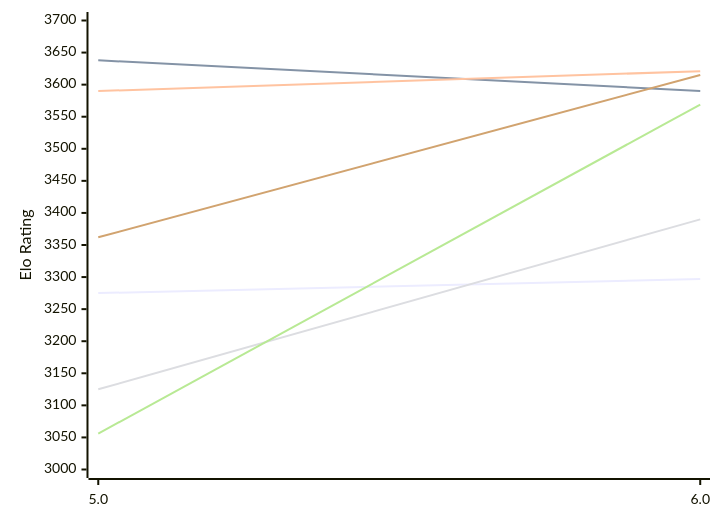
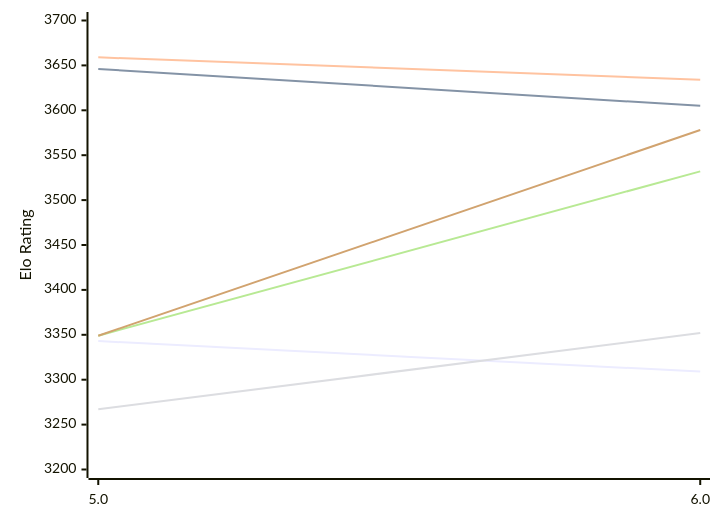
Before and after one commit to computer-chess-index/cci: the first of 2 diagrams in engines/Tarnished.md, drawn with Mermaid. The commit also changed other lines of this file, not shown here.

Commit message:
Update CCI Ratings (ELO VLTC) - 2026-11-14

````diff
--- a/engines/Tarnished.md
+++ b/engines/Tarnished.md
@@ -51,12 +51,12 @@
 ```mermaid
 %%{init: {"theme":"base","themeVariables":{"seriesColors:['#a3a3a3','#222221','#faa371']}}}%%
 xychart-beta
   x-axis ["5.0", "6.0"]
-  y-axis "Elo Rating" 3000 --> 3700
-  line "E1: STC (8.0+0.08s)" [3275, 3297]
-  line "E1: LTC (60.0+0.60s)" [3638, 3590]
-  line "E1: VLTC (2m24s+1.12s)" [3590, 3621]
-  line "P1: STC (8.0+0.08s)" [3125, 3390]
-  line "P1: LTC (60.0+0.60s)" [3056, 3569]
-  line "P1: VLTC (2m24s+1.12s)" [3362, 3615]
+  y-axis "Elo Rating" 3200 --> 3700
+  line "E1: STC (8.0+0.08s)" [3343, 3309]
+  line "E1: LTC (60.0+0.60s)" [3646, 3605]
+  line "E1: VLTC (2m24s+1.12s)" [3659, 3634]
+  line "P1: STC (8.0+0.08s)" [3267, 3352]
+  line "P1: LTC (60.0+0.60s)" [3349, 3532]
+  line "P1: VLTC (2m24s+1.12s)" [3349, 3578]
 ```
````
